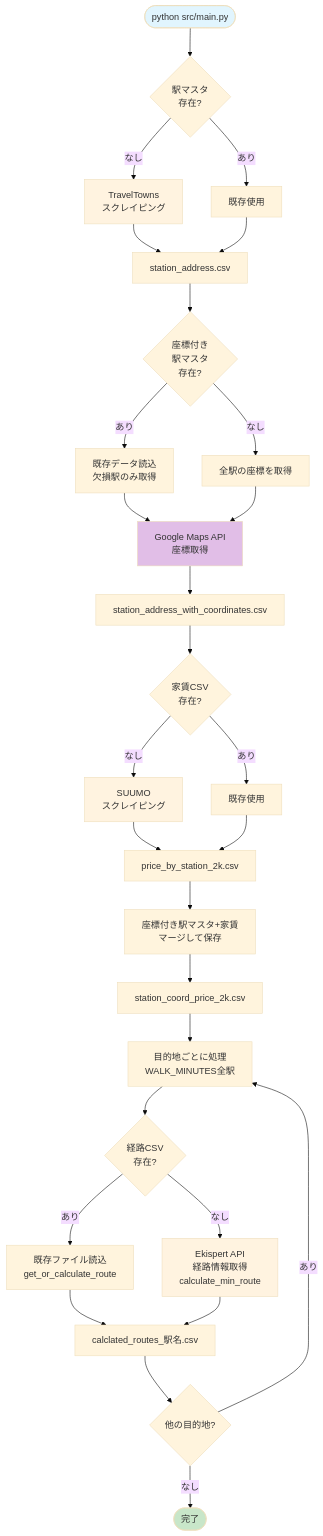
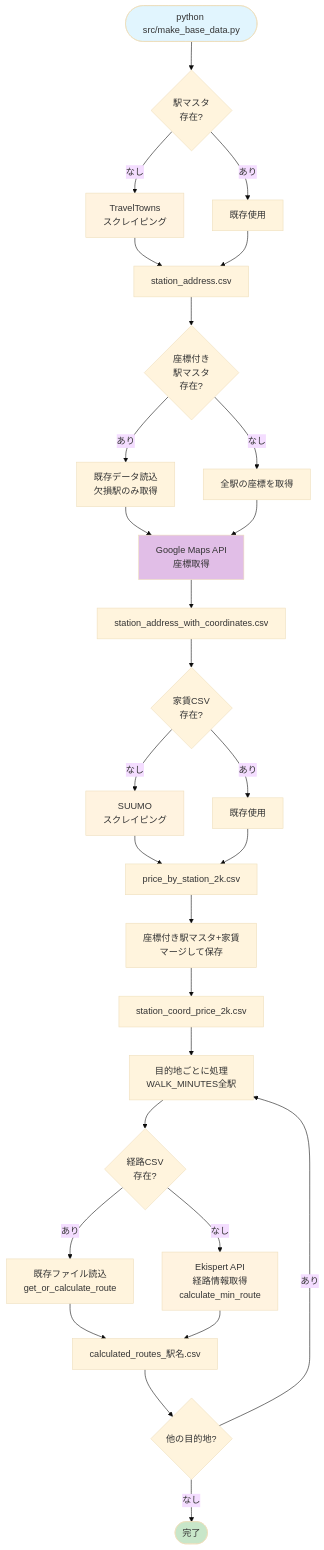
One commit to masa350z/stationscraper changed the second of 2 diagrams in PROJECT_OVERVIEW.md. Above: the diagram before and after it, drawn with Mermaid (base theme). The commit also changed other lines of this file and 42 other files, not shown here.

````diff
--- a/PROJECT_OVERVIEW.md
+++ b/PROJECT_OVERVIEW.md
@@ -91,43 +101,43 @@
 ```mermaid
 flowchart TD
-    START([python src/main.py]) --> CHECK1{駅マスタ<br/>存在?}
+    START([python src/make_base_data.py]) --> CHECK1{駅マスタ<br/>存在?}
 
     CHECK1 -->|なし| SCRAPE1[TravelTowns<br/>スクレイピング]
     CHECK1 -->|あり| SKIP1[既存使用]
     SCRAPE1 --> SAVE1[station_address.csv]
     SKIP1 --> SAVE1
 
     SAVE1 --> CHECK_COORDS{座標付き<br/>駅マスタ<br/>存在?}
     CHECK_COORDS -->|あり| LOAD_COORDS[既存データ読込<br/>欠損駅のみ取得]
     CHECK_COORDS -->|なし| NEW_COORDS[全駅の座標を取得]
     LOAD_COORDS --> GEOCODE[Google Maps API<br/>座標取得]
     NEW_COORDS --> GEOCODE
     GEOCODE --> SAVE1B[station_address_with_coordinates.csv]
 
     SAVE1B --> CHECK2{家賃CSV<br/>存在?}
     CHECK2 -->|なし| SCRAPE2[SUUMO<br/>スクレイピング]
     CHECK2 -->|あり| SKIP2[既存使用]
     SCRAPE2 --> SAVE2[price_by_station_2k.csv]
     SKIP2 --> SAVE2
 
     SAVE2 --> MERGE1[座標付き駅マスタ+家賃<br/>マージして保存]
     MERGE1 --> SAVE3[station_coord_price_2k.csv]
 
     SAVE3 --> LOOP[目的地ごとに処理<br/>WALK_MINUTES全駅]
     LOOP --> CHECK3{経路CSV<br/>存在?}
     CHECK3 -->|あり| SKIP3[既存ファイル読込<br/>get_or_calculate_route]
     CHECK3 -->|なし| API1[Ekispert API<br/>経路情報取得<br/>calculate_min_route]
-    SKIP3 --> SAVE4["calclated_routes_駅名.csv"]
+    SKIP3 --> SAVE4["calculated_routes_駅名.csv"]
     API1 --> SAVE4
 
     SAVE4 --> CHECK_MORE{他の目的地?}
     CHECK_MORE -->|あり| LOOP
     CHECK_MORE -->|なし| END([完了])
 
     style START fill:#e1f5fe
     style SCRAPE1 fill:#fff3e0
     style SCRAPE2 fill:#fff3e0
     style API1 fill:#fff3e0
     style GEOCODE fill:#e1bee7
     style END fill:#c8e6c9
 ```
````
